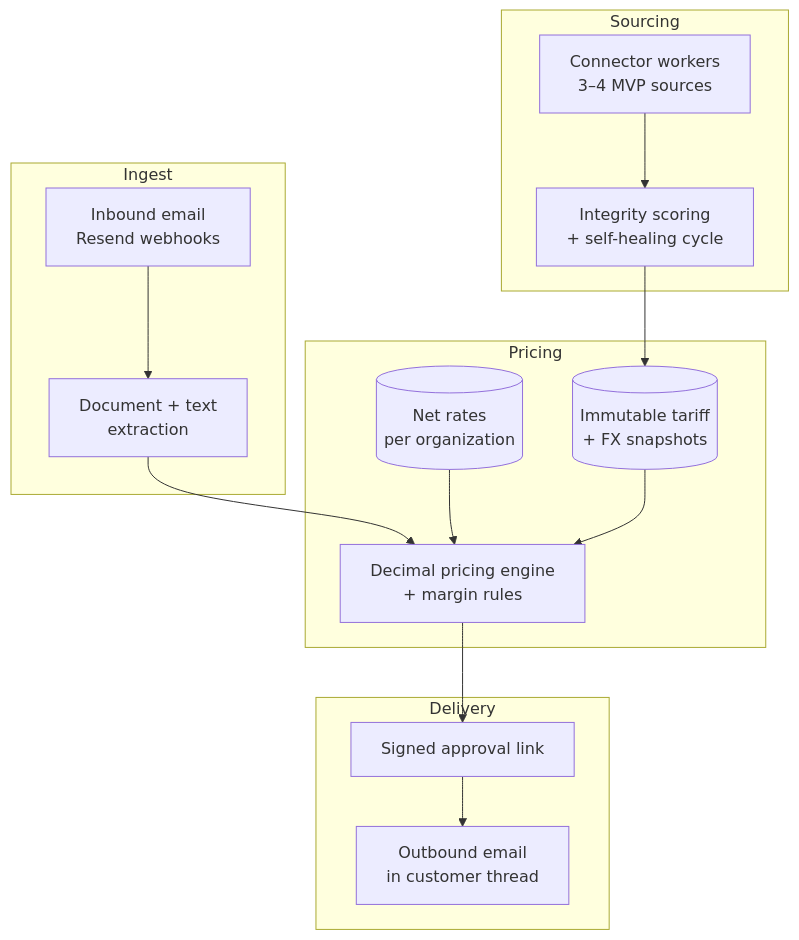
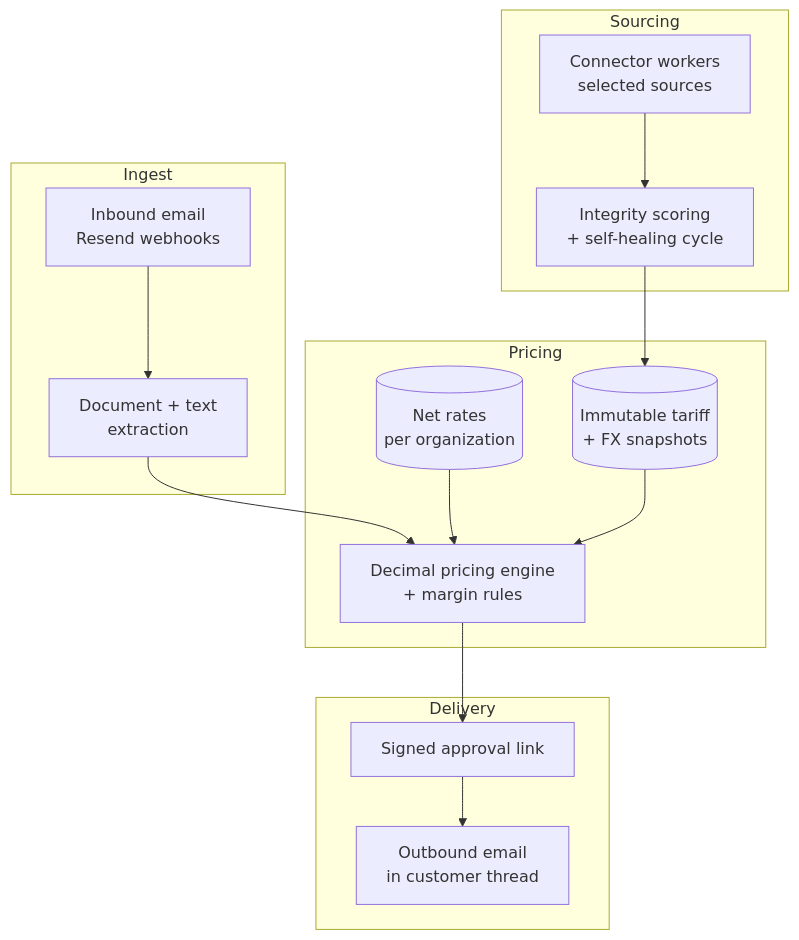
The second of 2 diagrams in README.md (NewByteGroup/QuotePilot), drawn with Mermaid before and after one commit. The commit also changed other lines of this file and 5 other files, not shown here.

````diff
--- a/README.md
+++ b/README.md
@@ -71,29 +71,29 @@
 ```mermaid
 flowchart TD
     subgraph Ingest
         EMAIL[Inbound email<br/>Resend webhooks]
         PARSE[Document + text<br/>extraction]
     end
 
     subgraph Pricing
         RATES[(Net rates<br/>per organization)]
         ENGINE[Decimal pricing engine<br/>+ margin rules]
         SNAP[(Immutable tariff<br/>+ FX snapshots)]
     end
 
     subgraph Sourcing
-        CONN[Connector workers<br/>3–4 MVP sources]
+        CONN[Connector workers<br/>selected sources]
         SCORE[Integrity scoring<br/>+ self-healing cycle]
     end
 
     subgraph Delivery
         APPROVE[Signed approval link]
         MAIL[Outbound email<br/>in customer thread]
     end
 
     EMAIL --> PARSE --> ENGINE
     RATES --> ENGINE
     SNAP --> ENGINE
     CONN --> SCORE --> SNAP
     ENGINE --> APPROVE --> MAIL
 ```
````
